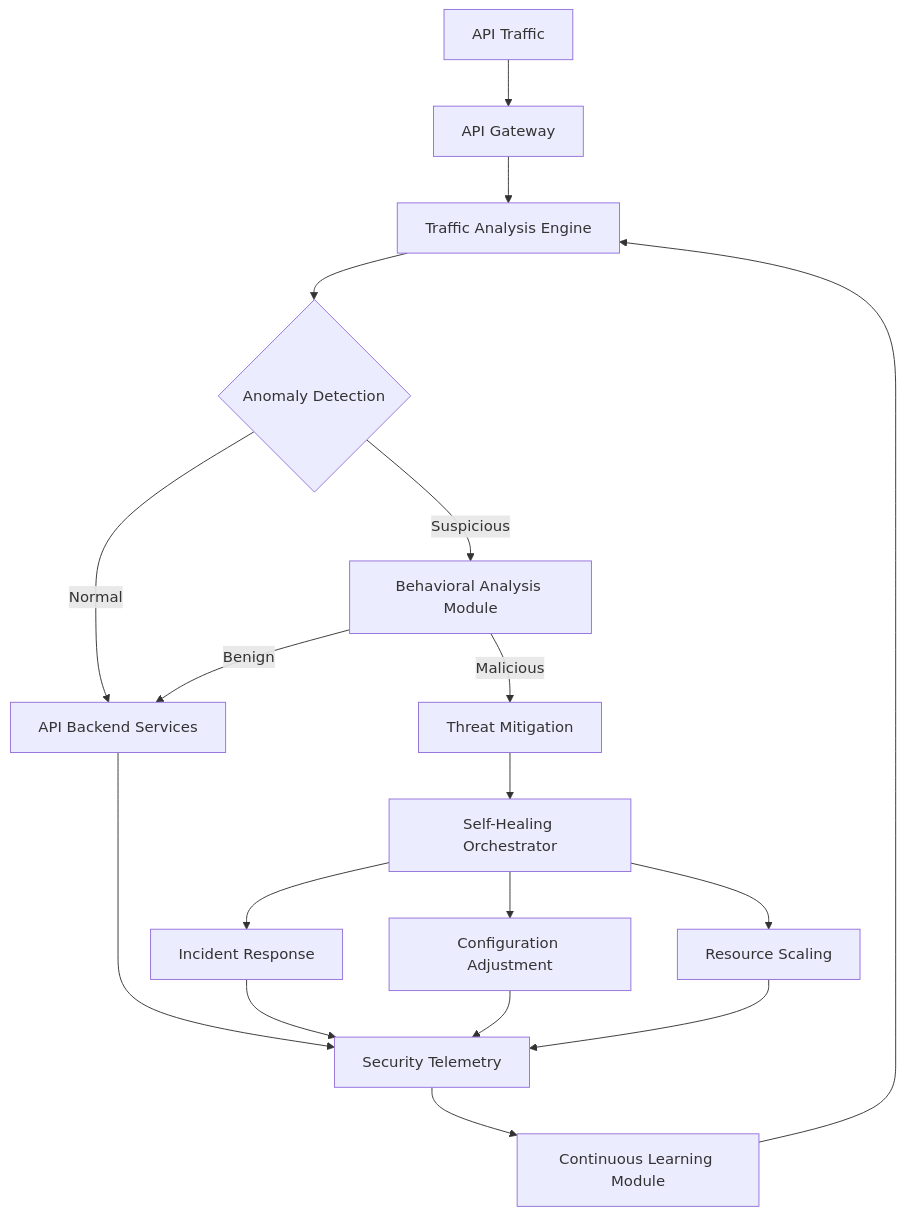
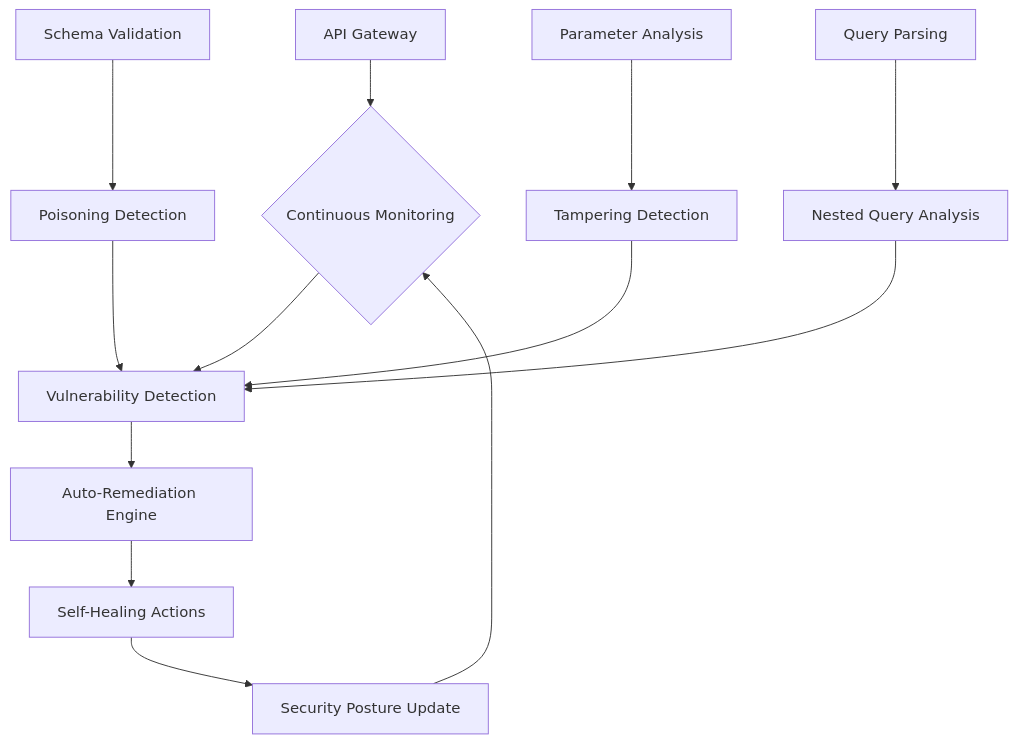
The fifth of 32 diagrams in tmp/api_security.md (r04nx/obsidian), drawn with Mermaid before and after one commit. The commit also changed other lines of this file and 3 other files, not shown here.

````diff
--- a/tmp/api_security.md
+++ b/tmp/api_security.md
@@ -30,20 +274,18 @@
 ```mermaid
-graph TD
-    A[API Traffic] --> B[API Gateway]
-    B --> C[Traffic Analysis Engine]
-    C --> D{Anomaly Detection}
-    D -->|Normal| E[API Backend Services]
-    D -->|Suspicious| F[Behavioral Analysis Module]
-    F -->|Benign| E
-    F -->|Malicious| G[Threat Mitigation]
-    G --> H[Self-Healing Orchestrator]
-    H --> I[Incident Response]
-    H --> J[Configuration Adjustment]
-    H --> K[Resource Scaling]
-    L[Continuous Learning Module] --> C
-    M[Security Telemetry] --> L
-    I --> M
-    J --> M
-    K --> M
-    E --> M
+flowchart TD
+    A[API Gateway] --> B{Continuous Monitoring}
+    B --> C[Vulnerability Detection]
+    C --> D[Auto-Remediation Engine]
+    D --> E[Self-Healing Actions]
+    E --> F[Security Posture Update]
+    F --> B
+    
+    G[Schema Validation] --> H[Poisoning Detection]
+    H --> C
+    
+    I[Parameter Analysis] --> J[Tampering Detection]
+    J --> C
+    
+    K[Query Parsing] --> L[Nested Query Analysis]
+    L --> C
 ```
````
